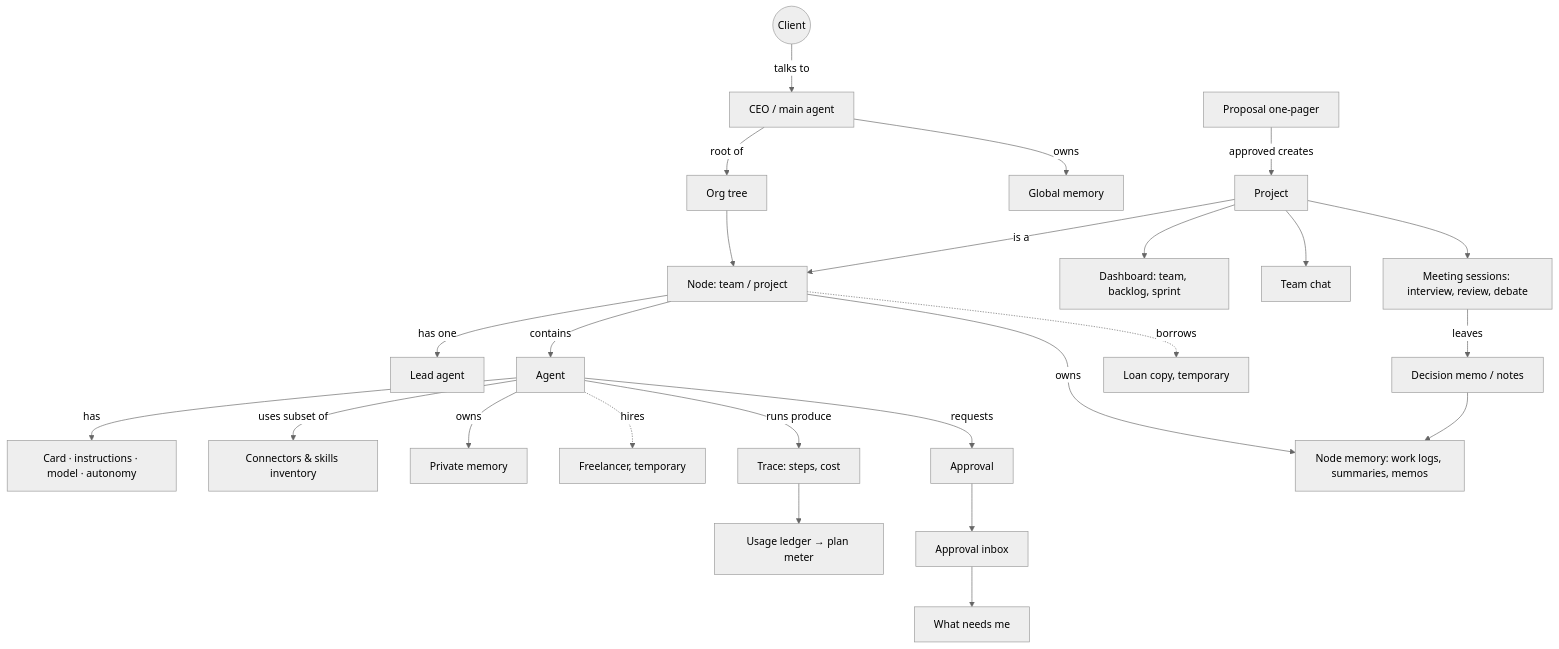
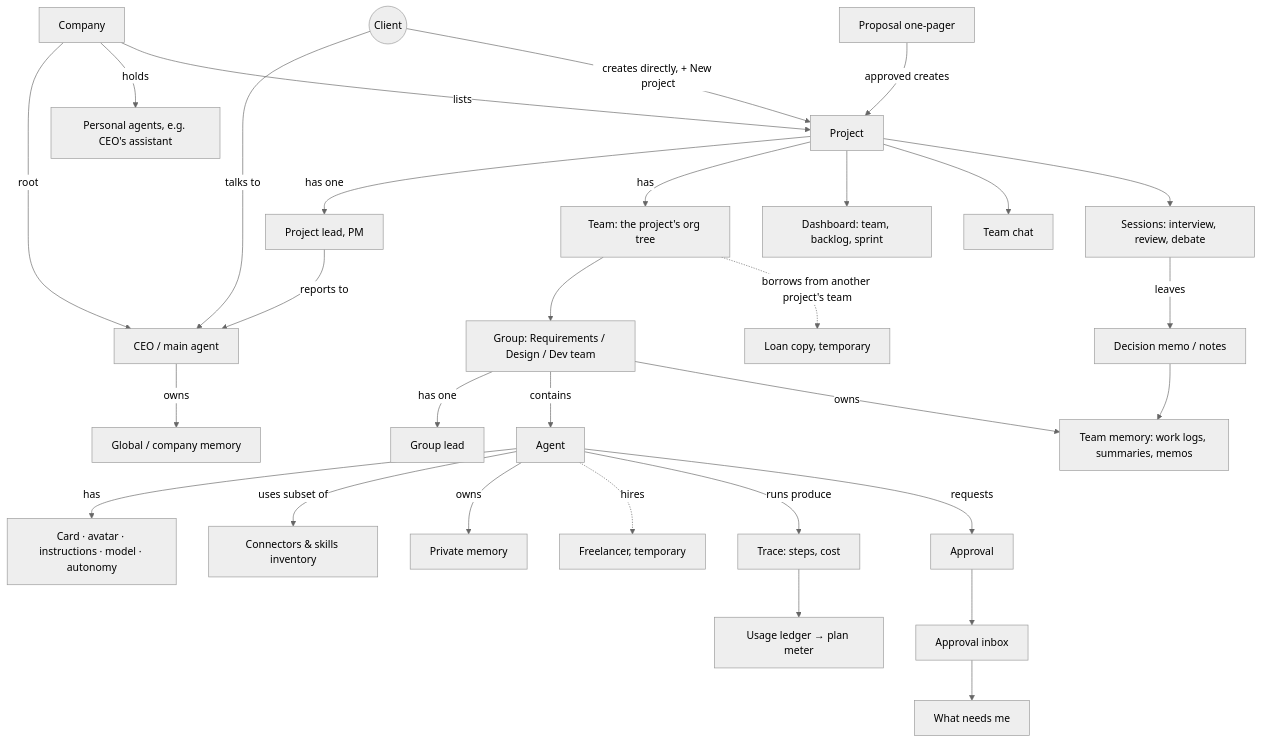
One commit to Majd-Alhakim/bench changed the first of 12 diagrams in docs/design/ux/README.md. Above: the diagram before and after it, drawn with Mermaid (neutral theme). The commit also changed other lines of this file and 3 other files, not shown here.

````diff
--- a/docs/design/ux/README.md
+++ b/docs/design/ux/README.md
@@ -133,27 +156,32 @@
 ```mermaid
 graph TD
   Client((Client)) -->|talks to| CEO[CEO / main agent]
-  CEO -->|root of| Tree[Org tree]
-  Tree --> Node[Node: team / project]
-  Node -->|has one| Lead[Lead agent]
-  Node -->|contains| Agent[Agent]
-  Agent -->|has| Card[Card · instructions · model · autonomy]
+  Company[Company] -->|root| CEO
+  Company -->|holds| Personal[Personal agents, e.g. CEO's assistant]
+  Company -->|lists| Project[Project]
+  CEO -->|owns| GMem[Global / company memory]
+  Project -->|has one| PLead[Project lead, PM]
+  PLead -->|reports to| CEO
+  Project -->|has| Team[Team: the project's org tree]
+  Team --> Group[Group: Requirements / Design / Dev team]
+  Group -->|has one| Lead[Group lead]
+  Group -->|contains| Agent[Agent]
+  Agent -->|has| Card[Card · avatar · instructions · model · autonomy]
   Agent -->|uses subset of| Conn[Connectors & skills inventory]
   Agent -->|owns| PMem[Private memory]
-  Node -->|owns| NMem[Node memory: work logs, summaries, memos]
-  CEO -->|owns| GMem[Global memory]
+  Group -->|owns| NMem[Team memory: work logs, summaries, memos]
   Agent -.->|hires| FL[Freelancer, temporary]
-  Node -.->|borrows| Loan[Loan copy, temporary]
-  Project[Project] -->|is a| Node
+  Team -.->|borrows from another project's team| Loan[Loan copy, temporary]
   Project --> Dash[Dashboard: team, backlog, sprint]
   Project --> TChat[Team chat]
-  Project --> Sess[Meeting sessions: interview, review, debate]
+  Project --> Sess[Sessions: interview, review, debate]
   Sess -->|leaves| Memo[Decision memo / notes]
   Memo --> NMem
+  Client -->|creates directly, + New project| Project
   Proposal[Proposal one-pager] -->|approved creates| Project
   Agent -->|runs produce| Trace[Trace: steps, cost]
   Trace --> Ledger[Usage ledger → plan meter]
   Agent -->|requests| Appr[Approval]
   Appr --> Inbox[Approval inbox]
   Inbox --> Needs[What needs me]
 ```
````
